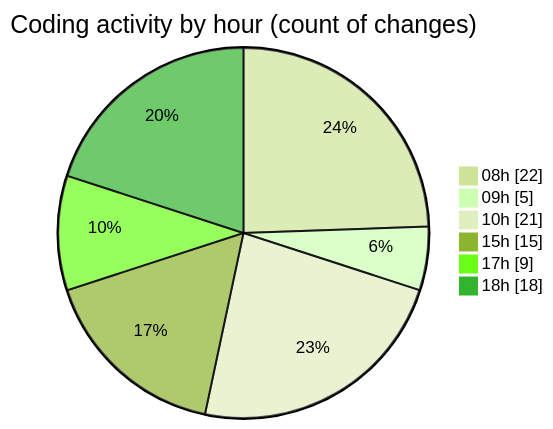
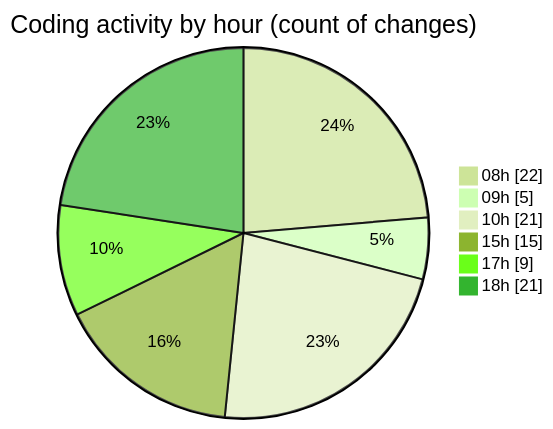
Before and after one commit to robertbonfada/code-tracking: the second of 2 diagrams in 2025-02-17/mbc-web/README.md, drawn with Mermaid (forest theme). The commit also changed other lines of this file and 1 other file, not shown here.

````diff
--- a/2025-02-17/mbc-web/README.md
+++ b/2025-02-17/mbc-web/README.md
@@ -46,10 +47,10 @@
 ```mermaid
 pie showData
 title Coding activity by hour (count of changes)
 "08h" : 22
 "09h" : 5
 "10h" : 21
 "15h" : 15
 "17h" : 9
-"18h" : 18
+"18h" : 21
 ```
````
